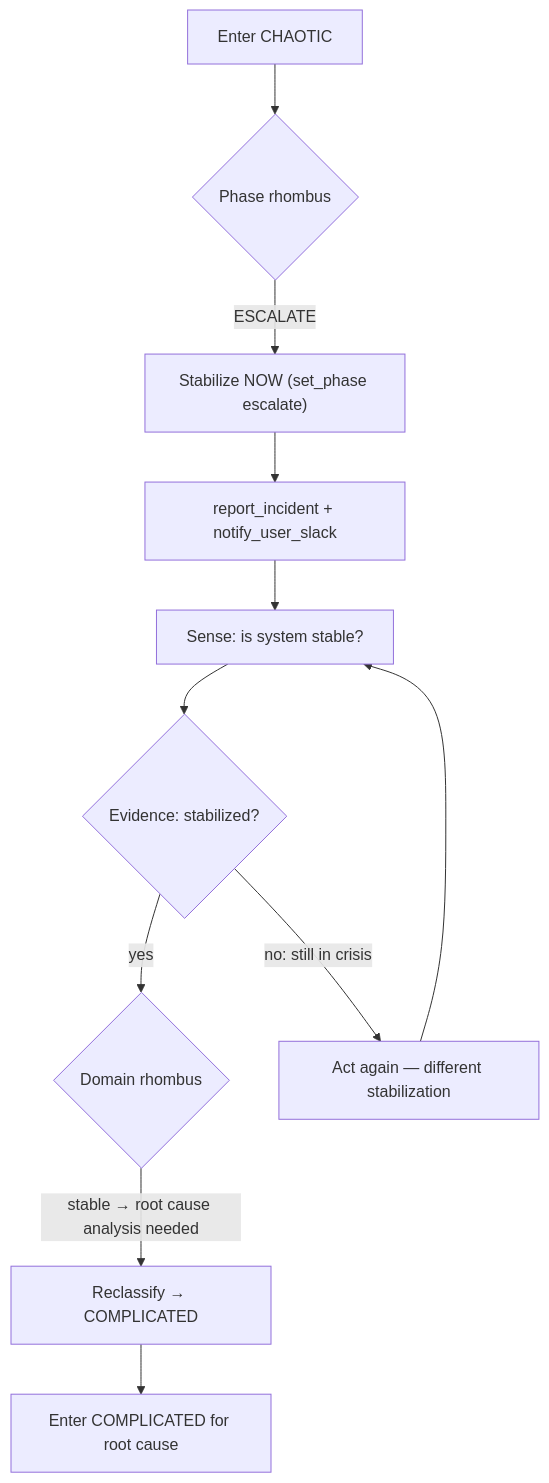
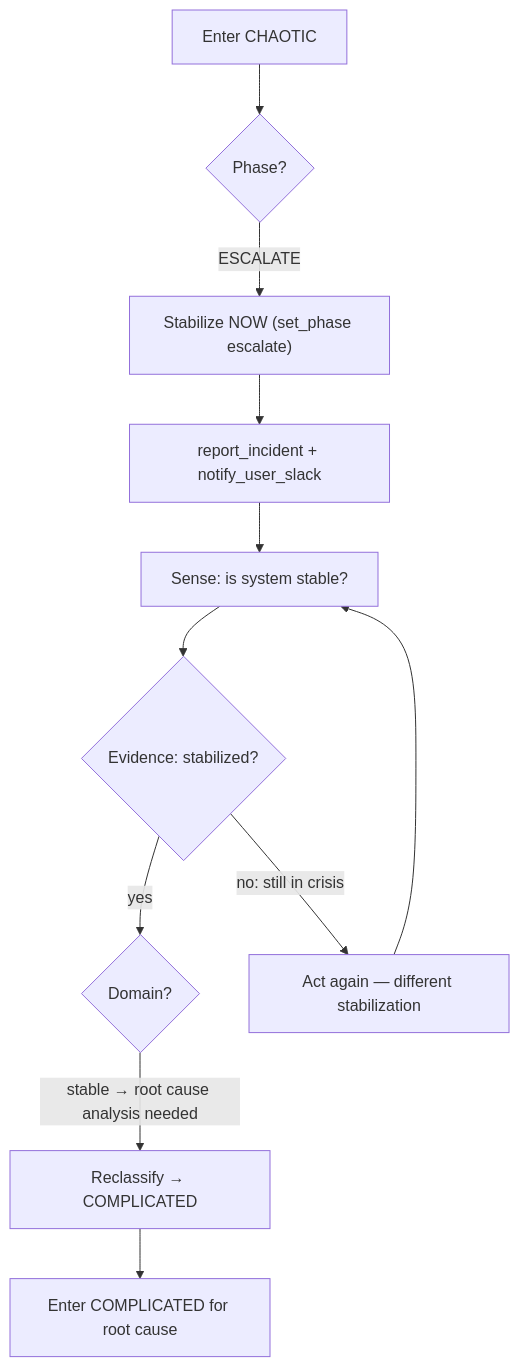
The diagram in src/agents/brain_skills/domain/chaotic.md (The-Darwin-Project/Blackboard), drawn with Mermaid before and after one commit. The commit also changed 8 other files, not shown here.

First line of the commit message:
refactor(brain_skills): remove redundant "rhombus" from Mermaid labels, rename concept to dual-gate

````diff
--- a/src/agents/brain_skills/domain/chaotic.md
+++ b/src/agents/brain_skills/domain/chaotic.md
@@ -20,16 +20,16 @@
 ```mermaid
 graph TD
-    Enter["Enter CHAOTIC"] --> PhaseE{"Phase rhombus"}
+    Enter["Enter CHAOTIC"] --> PhaseE{"Phase?"}
     PhaseE -->|"ESCALATE"| Stabilize["Stabilize NOW (set_phase escalate)"]
 
     Stabilize --> Act["report_incident + notify_user_slack"]
     Act --> Sense["Sense: is system stable?"]
 
     Sense --> StableCheck{"Evidence: stabilized?"}
-    StableCheck -->|"yes"| DomainR{"Domain rhombus"}
+    StableCheck -->|"yes"| DomainR{"Domain?"}
     StableCheck -->|"no: still in crisis"| ActAgain["Act again — different stabilization"]
     ActAgain --> Sense
 
     DomainR -->|"stable → root cause analysis needed"| ReclassComp["Reclassify → COMPLICATED"]
     ReclassComp --> RootCause["Enter COMPLICATED for root cause"]
 ```
````
